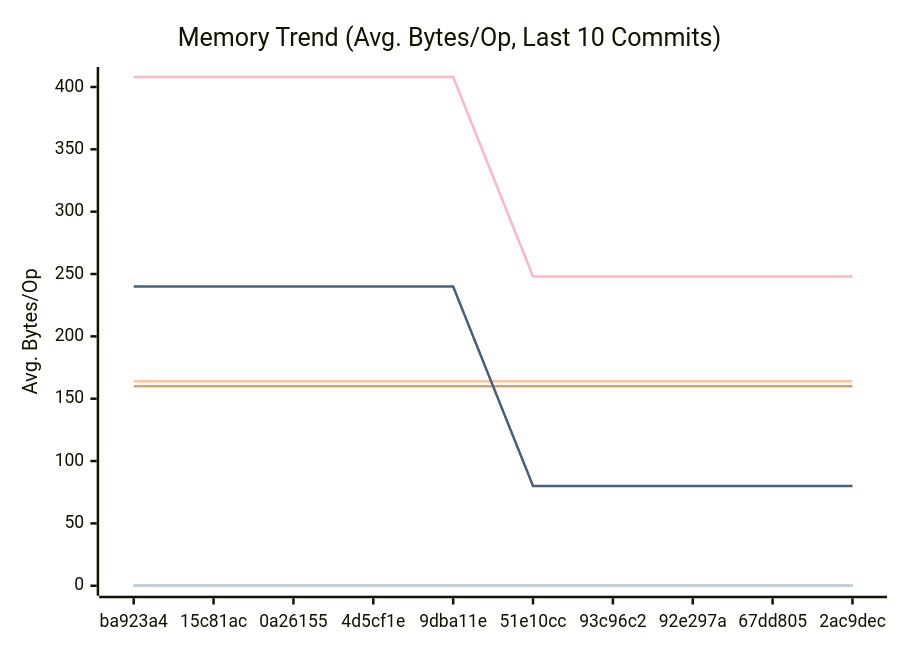
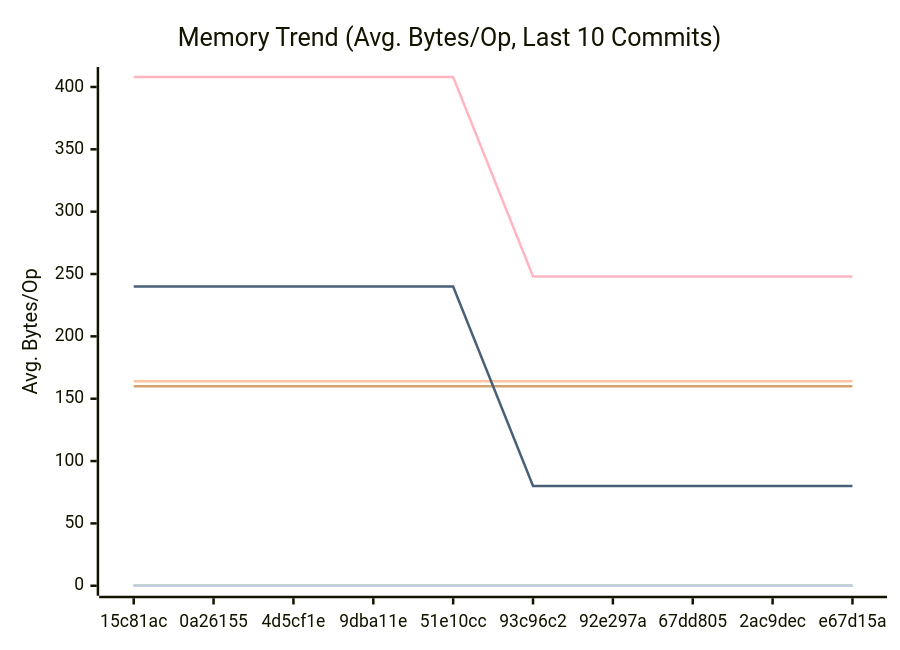
One commit to alsotoes/momo changed the second of 3 diagrams in docs/PERFORMANCE.md. Above: the diagram before and after it, drawn with Mermaid. The commit also changed other lines of this file and 1 other file, not shown here.

````diff
--- a/docs/PERFORMANCE.md
+++ b/docs/PERFORMANCE.md
@@ -97,16 +97,16 @@
 ```mermaid
 xychart-beta
     title "Memory Trend (Avg. Bytes/Op, Last 10 Commits)"
     x-axis "Commit"
     y-axis "Avg. Bytes/Op"
-    x-axis [ba923a4,15c81ac,0a26155,4d5cf1e,9dba11e,51e10cc,93c96c2,92e297a,67dd805,2ac9dec]
+    x-axis [15c81ac,0a26155,4d5cf1e,9dba11e,51e10cc,93c96c2,92e297a,67dd805,2ac9dec,e67d15a]
     line "CheckMetricsAndSwap" [0,0,0,0,0,0,0,0,0,0]
     line "CrushOptimized" [0,0,0,0,0,0,0,0,0,0]
     line "CrushOriginal" [164,164,164,164,164,164,164,164,164,164]
     line "IndexDirectTracking" [0,0,0,0,0,0,0,0,0,0]
     line "IndexSearch" [0,0,0,0,0,0,0,0,0,0]
     line "LoadGlobalConfig" [160,160,160,160,160,160,160,160,160,160]
     line "PadString" [0,0,0,0,0,0,0,0,0,0]
     line "ParseReplicationOrder_NoPrealloc" [408,408,408,408,408,248,248,248,248,248]
     line "ParseReplicationOrder_Prealloc" [240,240,240,240,240,80,80,80,80,80]
 ```
````
